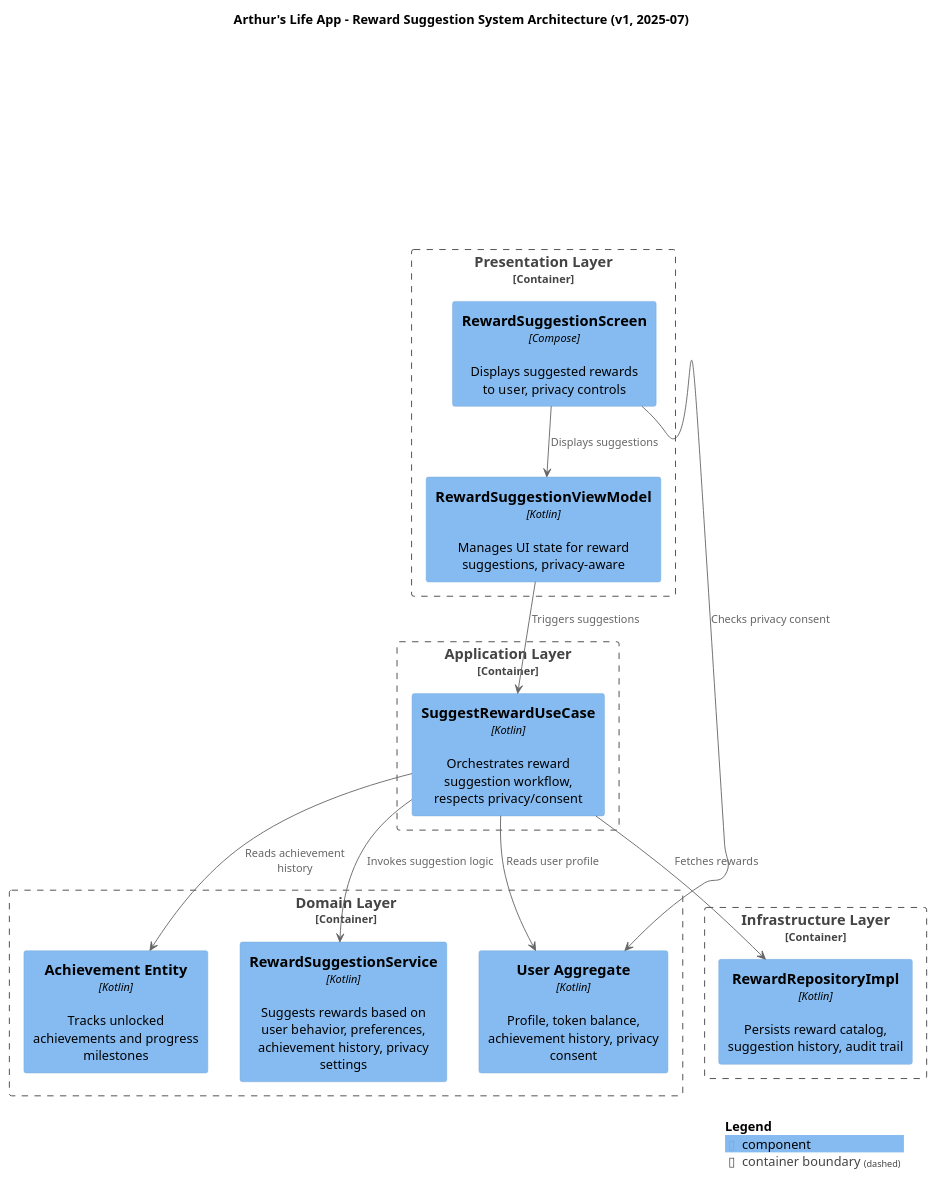
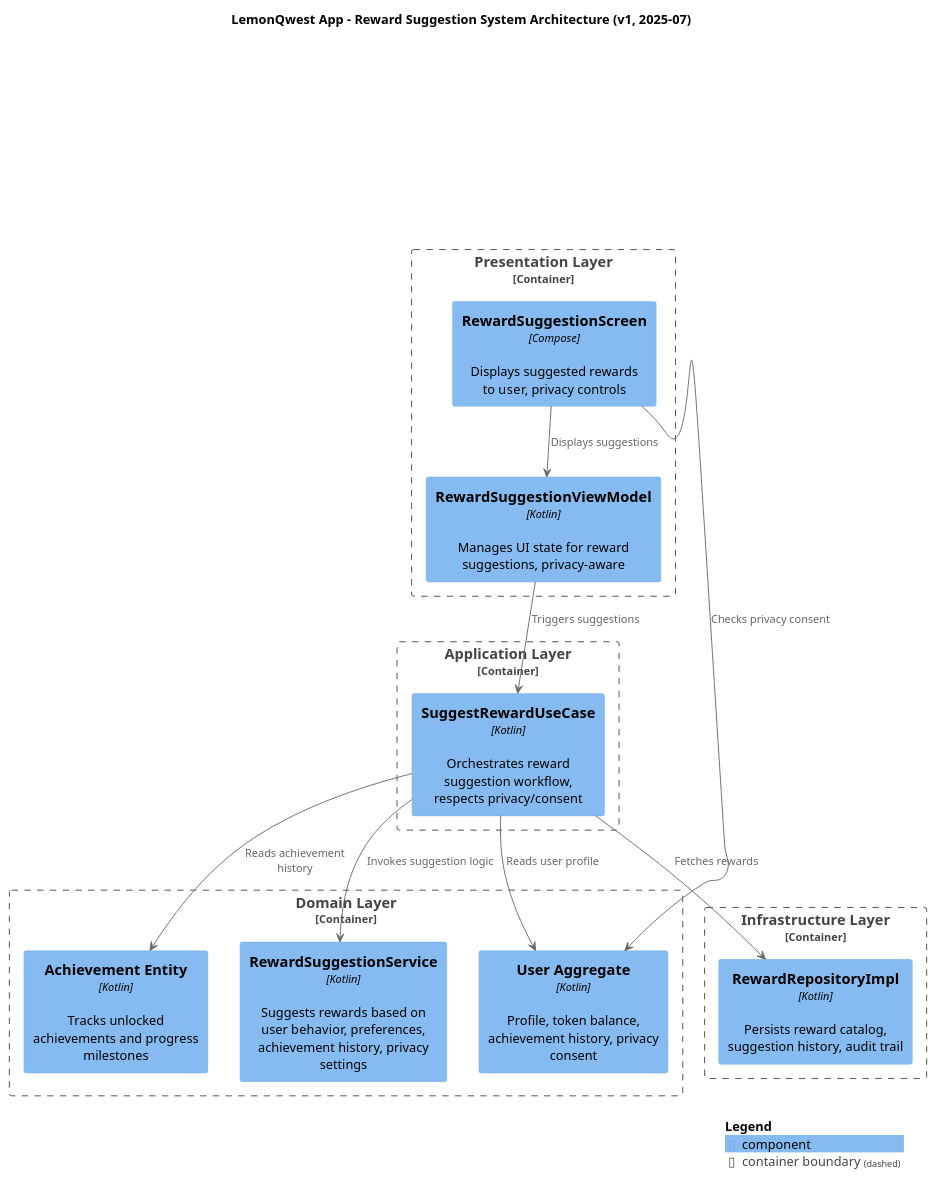
Before and after one commit to almeidaraphael/arthurs-life-app: the diagram in docs/diagrams/reward-suggestion-system-architecture.puml, drawn with PlantUML. The commit also changed 705 other files, not shown here.

```diff
--- a/docs/diagrams/reward-suggestion-system-architecture.puml
+++ b/docs/diagrams/reward-suggestion-system-architecture.puml
@@ -1,37 +1,37 @@
 @startuml reward-suggestion-system-architecture
 !includeurl https://raw.githubusercontent.com/plantuml-stdlib/C4-PlantUML/master/C4_Component.puml
 
 LAYOUT_WITH_LEGEND()
 
-title Arthur's Life App - Reward Suggestion System Architecture (v1, 2025-07)
+title LemonQwest App - Reward Suggestion System Architecture (v1, 2025-07)
 
 Container_Boundary(domain, "Domain Layer") {
   Component(rewardSuggestionService, "RewardSuggestionService", "Kotlin", "Suggests rewards based on user behavior, preferences, achievement history, privacy settings")
   Component(user, "User Aggregate", "Kotlin", "Profile, token balance, achievement history, privacy consent")
   Component(achievement, "Achievement Entity", "Kotlin", "Tracks unlocked achievements and progress milestones")
 }
 
 Container_Boundary(application, "Application Layer") {
   Component(suggestRewardUseCase, "SuggestRewardUseCase", "Kotlin", "Orchestrates reward suggestion workflow, respects privacy/consent")
 }
 
 Container_Boundary(presentation, "Presentation Layer") {
   Component(rewardSuggestionViewModel, "RewardSuggestionViewModel", "Kotlin", "Manages UI state for reward suggestions, privacy-aware")
   Component(rewardSuggestionScreen, "RewardSuggestionScreen", "Compose", "Displays suggested rewards to user, privacy controls")
 }
 
 Container_Boundary(infrastructure, "Infrastructure Layer") {
   Component(rewardRepository, "RewardRepositoryImpl", "Kotlin", "Persists reward catalog, suggestion history, audit trail")
 }
 
 ' Relationships
 suggestRewardUseCase --> rewardSuggestionService : "Invokes suggestion logic"
 suggestRewardUseCase --> user : "Reads user profile"
 suggestRewardUseCase --> achievement : "Reads achievement history"
 suggestRewardUseCase --> rewardRepository : "Fetches rewards"
 rewardSuggestionViewModel --> suggestRewardUseCase : "Triggers suggestions"
 rewardSuggestionScreen --> rewardSuggestionViewModel : "Displays suggestions"
 rewardSuggestionScreen --> user : "Checks privacy consent"
 
 SHOW_LEGEND()
 @enduml
```
